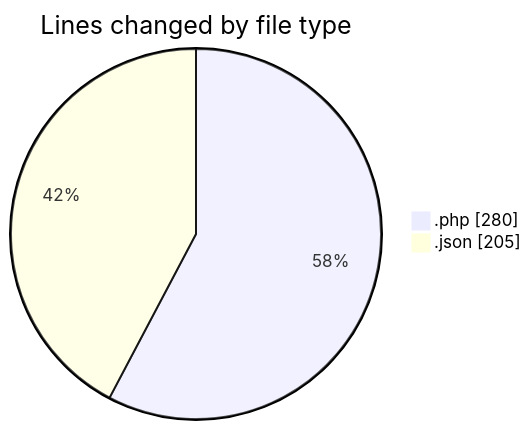
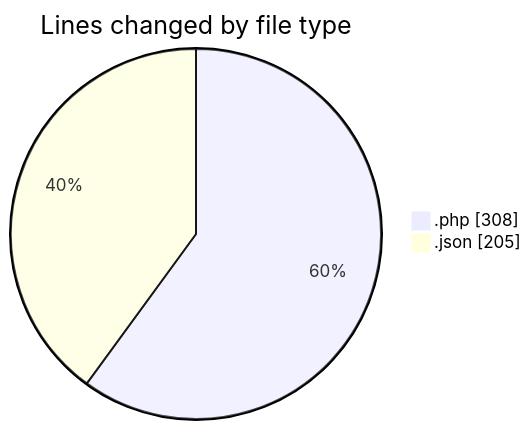
The first of 2 diagrams in 2025-04-13/autodidak/README.md (idhammustaqopulfikri/code-tracking), drawn with Mermaid before and after one commit. The commit also changed other lines of this file and 1 other file, not shown here.

````diff
--- a/2025-04-13/autodidak/README.md
+++ b/2025-04-13/autodidak/README.md
@@ -26,6 +27,6 @@
 ```mermaid
 pie showData
 title Lines changed by file type
-".php" : 280
+".php" : 308
 ".json" : 205
 ```
````
